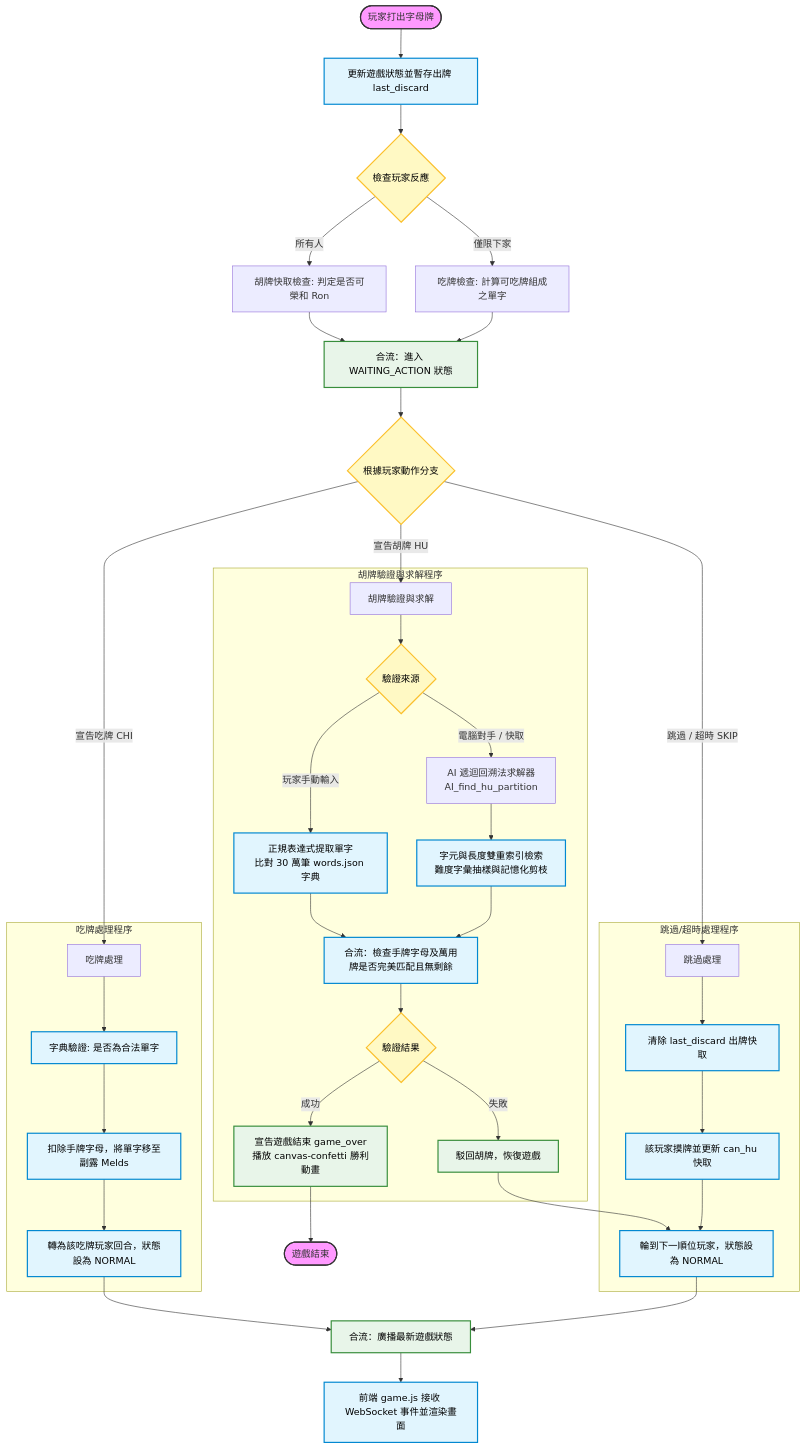
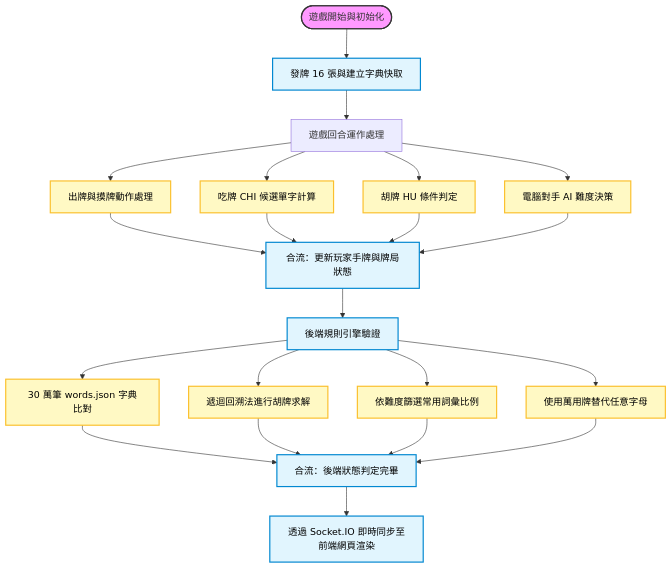
One commit to redbacon0423/english-mahjohn changed the diagram in EXHIBITION.md. Above: the diagram before and after it, drawn with Mermaid. The commit also changed other lines of this file and 1 other file, not shown here.

Commit message:
docs: simplify process flowchart, add usage section, and polish features list

````diff
--- a/EXHIBITION.md
+++ b/EXHIBITION.md
@@ -146,66 +148,40 @@
 ```mermaid
 flowchart TD
     %% Define Styles
     classDef startEnd fill:#f9f,stroke:#333,stroke-width:2px;
     classDef process fill:#e1f5fe,stroke:#0288d1,stroke-width:2px,color:#000;
     classDef branch fill:#fff9c4,stroke:#fbc02d,stroke-width:2px,color:#000;
     classDef merge fill:#e8f5e9,stroke:#388e3c,stroke-width:2px,color:#000;
     
-    Start([玩家打出字母牌]) --> Prep[更新遊戲狀態並暫存出牌 last_discard]
-    Prep --> Decision1{檢查玩家反應}
+    Start([遊戲開始與初始化]) --> Init[發牌 16 張與建立字典快取]
+    Init --> TurnDecision[遊戲回合運作處理]
     
-    Decision1 -->|所有人| HuCheck[胡牌快取檢查: 判定是否可榮和 Ron]
-    Decision1 -->|僅限下家| ChiCheck[吃牌檢查: 計算可吃牌組成之單字]
+    TurnDecision --> DiscardProc[出牌與摸牌動作處理]
+    TurnDecision --> ChiOption[吃牌 CHI 候選單字計算]
+    TurnDecision --> HuVerify[胡牌 HU 條件判定]
+    TurnDecision --> AIDecision[電腦對手 AI 難度決策]
     
-    HuCheck --> Merge1[合流：進入 WAITING_ACTION 狀態]
-    ChiCheck --> Merge1
+    DiscardProc --> MergeState[合流：更新玩家手牌與牌局狀態]
+    ChiOption --> MergeState
+    HuVerify --> MergeState
+    AIDecision --> MergeState
     
-    Merge1 --> ActionDecision{根據玩家動作分支}
+    MergeState --> EngineCheck[後端規則引擎驗證]
     
-    ActionDecision -->|宣告吃牌 CHI| ChiProcess[吃牌處理]
-    ActionDecision -->|宣告胡牌 HU| HuProcess[胡牌驗證與求解]
-    ActionDecision -->|跳過 / 超時 SKIP| SkipProcess[跳過處理]
+    EngineCheck --> DictCheck[30 萬筆 words.json 字典比對]
+    EngineCheck --> Backtrack[遞迴回溯法進行胡牌求解]
+    EngineCheck --> RankCheck[依難度篩選常用詞彙比例]
+    EngineCheck --> Wildcard[使用萬用牌替代任意字母]
     
-    %% Chi branch
-    subgraph ChiBranch [吃牌處理程序]
-        ChiProcess --> ChiV[字典驗證: 是否為合法單字]
-        ChiV --> ChiD[扣除手牌字母，將單字移至副露 Melds]
-        ChiD --> ChiT[轉為該吃牌玩家回合，狀態設為 NORMAL]
-    end
+    DictCheck --> Broadcast[合流：後端狀態判定完畢]
+    Backtrack --> Broadcast
+    RankCheck --> Broadcast
+    Wildcard --> Broadcast
     
-    %% Hu branch
-    subgraph HuBranch [胡牌驗證與求解程序]
-        HuProcess --> HuSplit{驗證來源}
-        HuSplit -->|玩家手動輸入| HuManual["正規表達式提取單字<br/>比對 30 萬筆 words.json 字典"]
-        HuSplit -->|電腦對手 / 快取| HuAI["AI 遞迴回溯法求解器<br/>AI_find_hu_partition"]
-        
-        HuAI --> HuAIEngine["字元與長度雙重索引檢索<br/>難度字彙抽樣與記憶化剪枝"]
-        
-        HuManual --> HuMerge[合流：檢查手牌字母及萬用牌是否完美匹配且無剩餘]
-        HuAIEngine --> HuMerge
-        
-        HuMerge --> HuVerifyResult{驗證結果}
-        HuVerifyResult -->|成功| HuWin["宣告遊戲結束 game_over<br/>播放 canvas-confetti 勝利動畫"]
-        HuVerifyResult -->|失敗| HuFail[駁回胡牌，恢復遊戲]
-    end
-    
-    %% Skip branch
-    subgraph SkipBranch [跳過/超時處理程序]
-        SkipProcess --> SkipClear[清除 last_discard 出牌快取]
-        SkipClear --> SkipDraw[該玩家摸牌並更新 can_hu 快取]
-        SkipDraw --> SkipNext[輪到下一順位玩家，狀態設為 NORMAL]
-    end
-    
-    ChiT --> Merge2[合流：廣播最新遊戲狀態]
-    HuWin --> EndGame([遊戲結束])
-    HuFail --> SkipNext
-    SkipNext --> Merge2
-    
-    Merge2 --> ClientRender[前端 game.js 接收 WebSocket 事件並渲染畫面]
+    Broadcast --> Render[透過 Socket.IO 即時同步至前端網頁渲染]
     
     %% Apply styles
-    class Start,EndGame startEnd;
-    class Prep,ChiV,ChiD,ChiT,HuManual,HuAIEngine,HuMerge,SkipClear,SkipDraw,SkipNext,ClientRender process;
-    class Decision1,ActionDecision,HuSplit,HuVerifyResult branch;
-    class Merge1,Merge2,HuFail,HuWin merge;
+    class Start startEnd;
+    class Init,MergeState,EngineCheck,Broadcast,Render process;
+    class DiscardProc,ChiOption,HuVerify,AIDecision,DictCheck,Backtrack,RankCheck,Wildcard branch;
 ```
````
